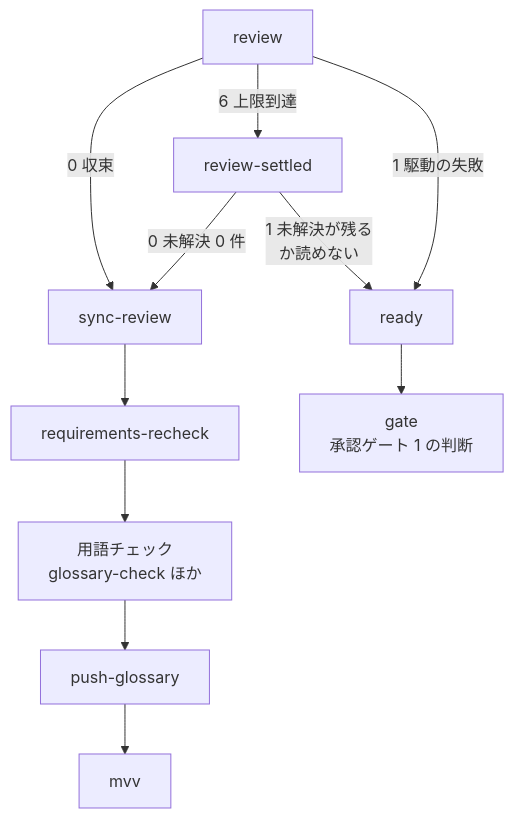
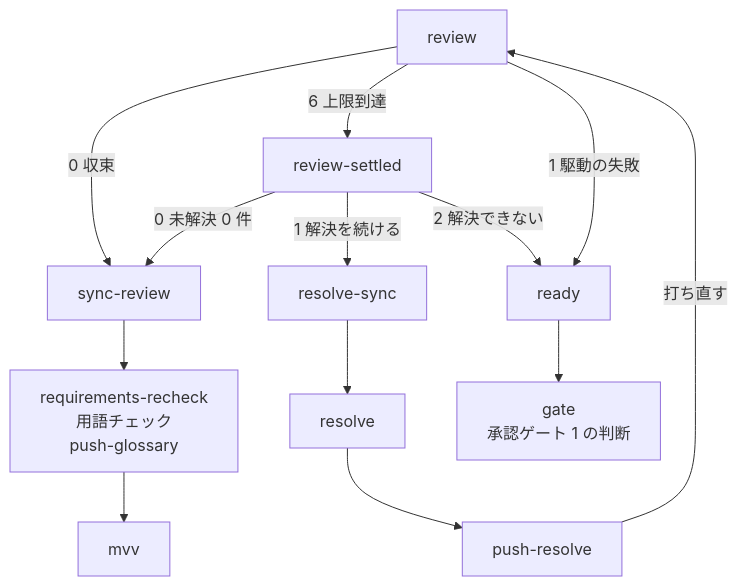
Before and after one commit to devbasex/ai-plugins: the second of 2 diagrams in issues/issue-2388-design.md, drawn with Mermaid. The commit also changed other lines of this file and 1 other file, not shown here.

````diff
--- a/issues/issue-2388-design.md
+++ b/issues/issue-2388-design.md
@@ -139,13 +171,15 @@
 ```mermaid
 graph TD
     RV[review] -->|0 収束| SY[sync-review]
     RV -->|6 上限到達| ST[review-settled]
     RV -->|1 駆動の失敗| RD[ready]
     ST -->|0 未解決 0 件| SY
-    ST -->|1 未解決が残る<br/>か読めない| RD
-    SY --> RC[requirements-recheck]
-    RC --> GC[用語チェック<br/>glossary-check ほか]
-    GC --> PG[push-glossary]
+    ST -->|1 解決を続ける| RS[resolve-sync]
+    RS --> FX[resolve]
+    FX --> PR[push-resolve]
+    PR -->|打ち直す| RV
+    ST -->|2 解決できない| RD
+    SY --> PG[requirements-recheck<br/>用語チェック<br/>push-glossary]
     PG --> MV[mvv]
     RD --> GT[gate<br/>承認ゲート 1 の判断]
 ```
````
